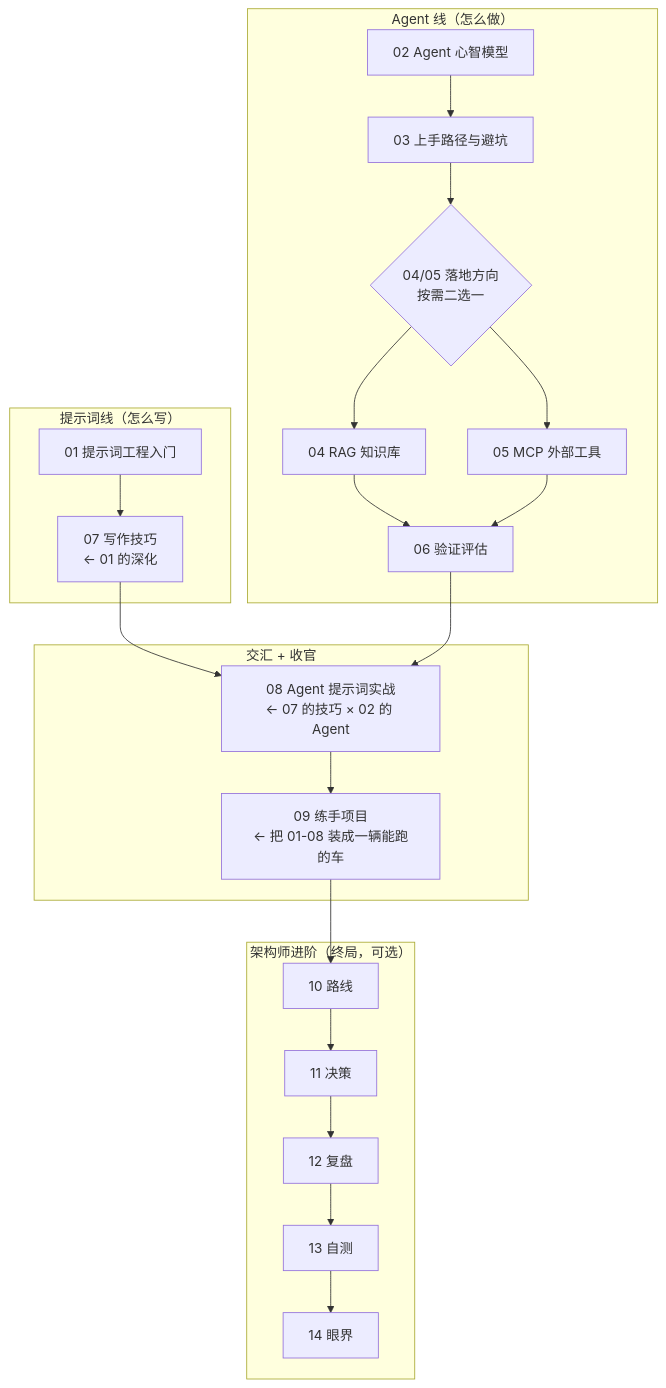
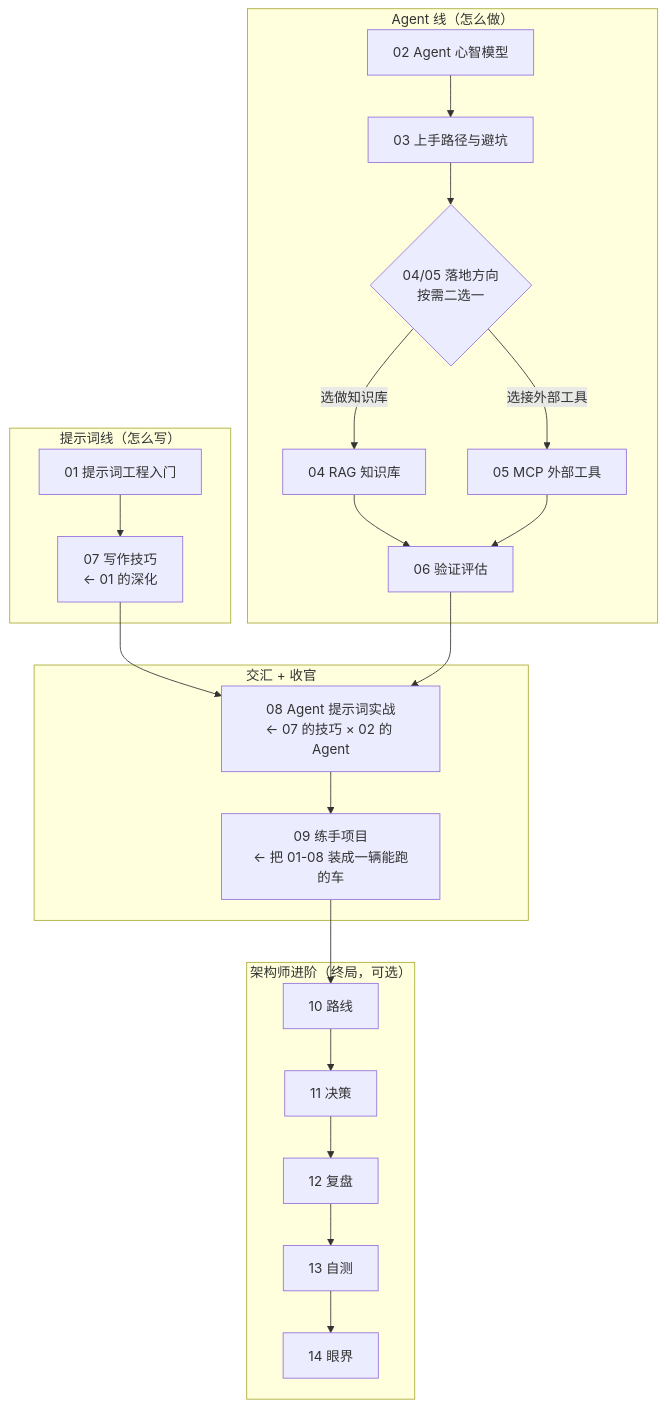
One commit to UranusGit/java-agent-learn changed the diagram in docs/附录/Agent与提示词工程专题/README.md. Above: the diagram before and after it, drawn with Mermaid. The commit also changed 41 other files, not shown here.

First line of the commit message:
docs全库mermaid复核修复：补ER图、ASCII转mermaid/表格、删重复图、修语义矛盾

````diff
--- a/docs/附录/Agent与提示词工程专题/README.md
+++ b/docs/附录/Agent与提示词工程专题/README.md
@@ -15,23 +15,23 @@
 ```mermaid
 flowchart TD
     subgraph L1["提示词线（怎么写）"]
         D01[01 提示词工程入门] --> D07[07 写作技巧<br/>← 01 的深化]
     end
     subgraph L2["Agent 线（怎么做）"]
         D02[02 Agent 心智模型] --> D03[03 上手路径与避坑]
         D03 --> D45{"04/05 落地方向<br/>按需二选一"}
-        D45 --> D04[04 RAG 知识库]
-        D45 --> D05[05 MCP 外部工具]
+        D45 -->|"选做知识库"| D04[04 RAG 知识库]
+        D45 -->|"选接外部工具"| D05[05 MCP 外部工具]
         D04 --> D06[06 验证评估]
         D05 --> D06
     end
     subgraph L3["交汇 + 收官"]
         D08[08 Agent 提示词实战<br/>← 07 的技巧 × 02 的 Agent] --> D09[09 练手项目<br/>← 把 01-08 装成一辆能跑的车]
     end
     subgraph L4["架构师进阶（终局，可选）"]
         D10[10 路线] --> D11[11 决策] --> D12[12 复盘] --> D13[13 自测] --> D14[14 眼界]
     end
     D07 --> D08
     D06 --> D08
     D09 --> D10
 ```
````
